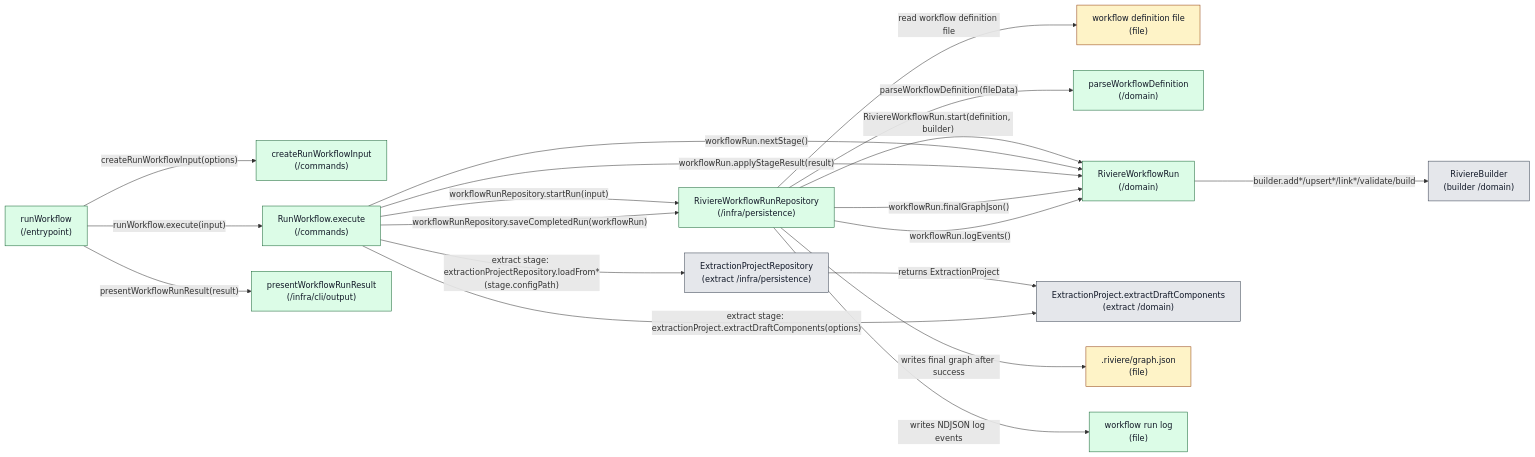
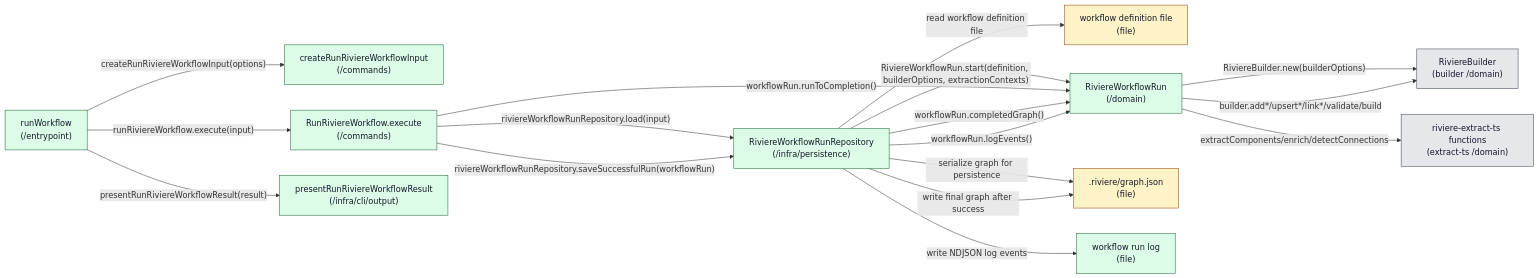
Before and after one commit to NTCoding/living-architecture: the second of 4 diagrams in docs/project/PRD/riviere-extraction-workflows-v1/ARCH.md, drawn with Mermaid. The commit also changed other lines of this file and 2 other files, not shown here.

Commit message:
docs: refine workflow architecture planning

````diff
--- a/docs/project/PRD/riviere-extraction-workflows-v1/ARCH.md
+++ b/docs/project/PRD/riviere-extraction-workflows-v1/ARCH.md
@@ -73,47 +118,43 @@
 ```mermaid
 flowchart LR
   cli["runWorkflow<br/>(/entrypoint)"]
-  inputFactory["createRunWorkflowInput<br/>(/commands)"]
-  usecase["RunWorkflow.execute<br/>(/commands)"]
-  workflowRunRepository["RiviereWorkflowRunRepository<br/>(/infra/persistence)"]
+  inputFactory["createRunRiviereWorkflowInput<br/>(/commands)"]
+  usecase["RunRiviereWorkflow.execute<br/>(/commands)"]
+  repository["RiviereWorkflowRunRepository<br/>(/infra/persistence)"]
   workflowFile["workflow definition file<br/>(file)"]
-  parser["parseWorkflowDefinition<br/>(/domain)"]
   workflowRun["RiviereWorkflowRun<br/>(/domain)"]
-  extractionProjectRepository["ExtractionProjectRepository<br/>(extract /infra/persistence)"]
-  extractionProject["ExtractionProject.extractDraftComponents<br/>(extract /domain)"]
+  extractor["riviere-extract-ts functions<br/>(extract-ts /domain)"]
   builder["RiviereBuilder<br/>(builder /domain)"]
-  presenter["presentWorkflowRunResult<br/>(/infra/cli/output)"]
+  presenter["presentRunRiviereWorkflowResult<br/>(/infra/cli/output)"]
   finalGraph[".riviere/graph.json<br/>(file)"]
   runLog["workflow run log<br/>(file)"]
 
-  cli -->|"createRunWorkflowInput(options)"| inputFactory
-  cli -->|"runWorkflow.execute(input)"| usecase
-  cli -->|"presentWorkflowRunResult(result)"| presenter
+  cli -->|"createRunRiviereWorkflowInput(options)"| inputFactory
+  cli -->|"runRiviereWorkflow.execute(input)"| usecase
+  cli -->|"presentRunRiviereWorkflowResult(result)"| presenter
 
-  usecase -->|"workflowRunRepository.startRun(input)"| workflowRunRepository
-  workflowRunRepository -->|"read workflow definition file"| workflowFile
-  workflowRunRepository -->|"parseWorkflowDefinition(fileData)"| parser
-  workflowRunRepository -->|"RiviereWorkflowRun.start(definition, builder)"| workflowRun
+  usecase -->|"riviereWorkflowRunRepository.load(input)"| repository
+  repository -->|"read workflow definition file"| workflowFile
+  repository -->|"RiviereWorkflowRun.start(definition, builderOptions, extractionContexts)"| workflowRun
 
-  usecase -->|"workflowRun.nextStage()"| workflowRun
-  usecase -->|"extract stage: extractionProjectRepository.loadFrom*(stage.configPath)"| extractionProjectRepository
-  extractionProjectRepository -->|"returns ExtractionProject"| extractionProject
-  usecase -->|"extract stage: extractionProject.extractDraftComponents(options)"| extractionProject
-  usecase -->|"workflowRun.applyStageResult(result)"| workflowRun
+  usecase -->|"workflowRun.runToCompletion()"| workflowRun
+  workflowRun -->|"RiviereBuilder.new(builderOptions)"| builder
+  workflowRun -->|"extractComponents/enrich/detectConnections"| extractor
   workflowRun -->|"builder.add*/upsert*/link*/validate/build"| builder
 
-  usecase -->|"workflowRunRepository.saveCompletedRun(workflowRun)"| workflowRunRepository
-  workflowRunRepository -->|"workflowRun.finalGraphJson()"| workflowRun
-  workflowRunRepository -->|"workflowRun.logEvents()"| workflowRun
-  workflowRunRepository -->|"writes final graph after success"| finalGraph
-  workflowRunRepository -->|"writes NDJSON log events"| runLog
+  usecase -->|"riviereWorkflowRunRepository.saveSuccessfulRun(workflowRun)"| repository
+  repository -->|"workflowRun.completedGraph()"| workflowRun
+  repository -->|"workflowRun.logEvents()"| workflowRun
+  repository -->|"serialize graph for persistence"| finalGraph
+  repository -->|"write final graph after success"| finalGraph
+  repository -->|"write NDJSON log events"| runLog
 
   classDef existing fill:#e5e7eb,stroke:#374151,color:#111827
   classDef changed fill:#fef3c7,stroke:#92400e,color:#111827
   classDef new fill:#dcfce7,stroke:#166534,color:#111827
   classDef unclear fill:#fee2e2,stroke:#991b1b,color:#111827
 
-  class extractionProjectRepository,extractionProject,builder existing
-  class cli,inputFactory,usecase,workflowRunRepository,parser,workflowRun,presenter,runLog new
+  class extractor,builder existing
+  class cli,inputFactory,usecase,repository,workflowRun,presenter,runLog new
   class workflowFile,finalGraph changed
 ```
````
